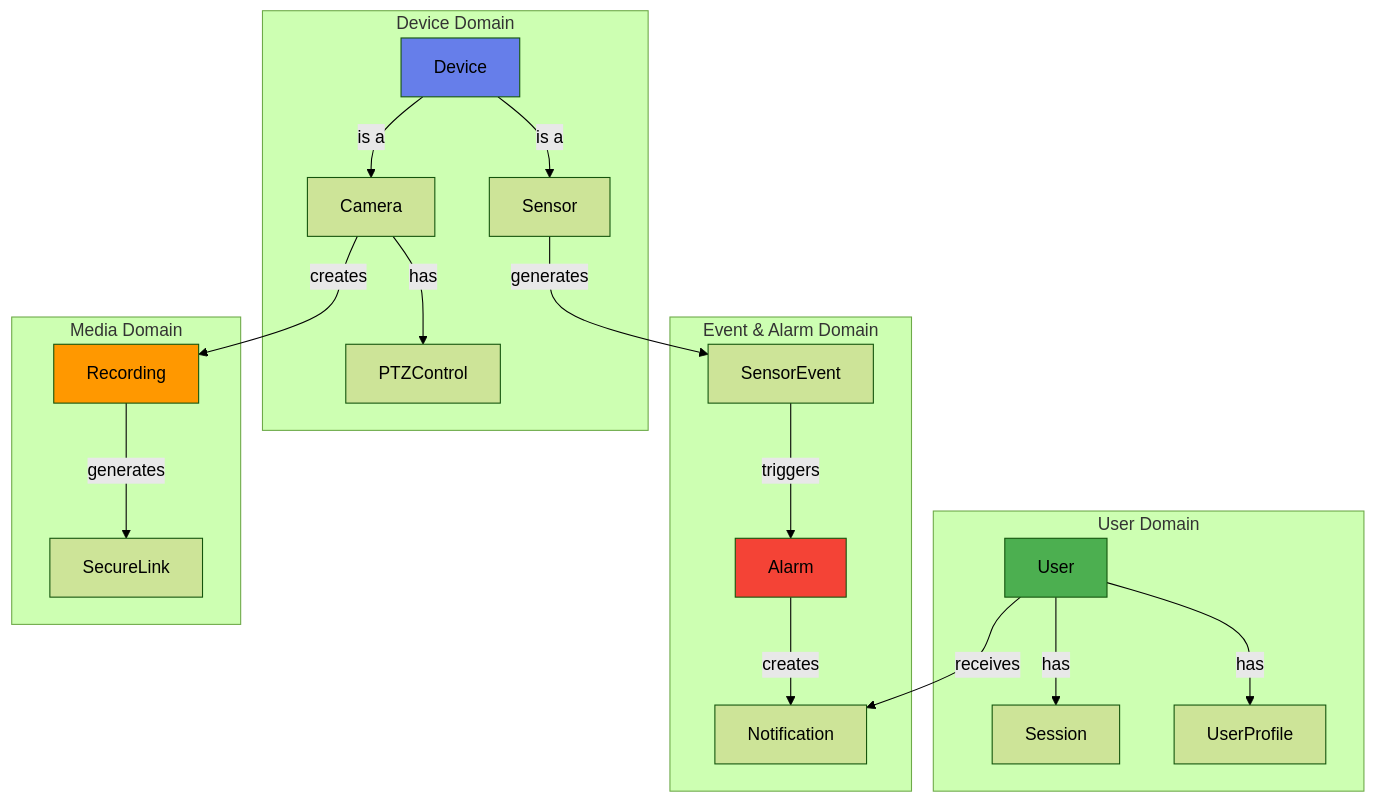
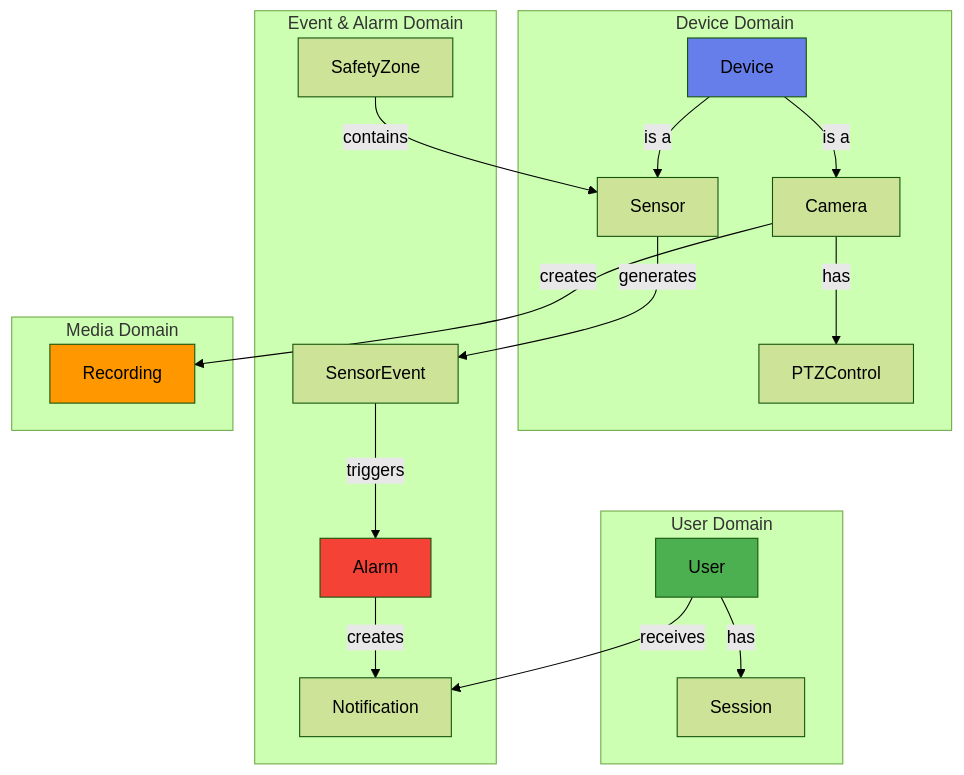
One commit to mj010101/swe_25f changed diagram 14 of 14 in diagrams/data_layer_class_diagram.md. Above: the diagram before and after it, drawn with Mermaid (forest theme). The commit also changed other lines of this file and 4 other files, not shown here.

````diff
--- a/diagrams/data_layer_class_diagram.md
+++ b/diagrams/data_layer_class_diagram.md
@@ -847,46 +504,45 @@
 ```mermaid
 graph TB
     subgraph "User Domain"
         U[User]
         S[Session]
-        UP[UserProfile]
     end
 
     subgraph "Device Domain"
         D[Device]
         SEN[Sensor]
         CAM[Camera]
         PTZ[PTZControl]
     end
 
     subgraph "Event & Alarm Domain"
         SE[SensorEvent]
         A[Alarm]
         N[Notification]
+        SZ[SafetyZone]
     end
 
     subgraph "Media Domain"
         R[Recording]
-        SL[SecureLink]
     end
 
     U -->|has| S
-    U -->|has| UP
     U -->|receives| N
 
     D -->|is a| SEN
     D -->|is a| CAM
 
     SEN -->|generates| SE
     SE -->|triggers| A
     A -->|creates| N
 
+    SZ -->|contains| SEN
+
     CAM -->|has| PTZ
     CAM -->|creates| R
-    R -->|generates| SL
 
     style U fill:#4CAF50
     style D fill:#667eea
     style A fill:#F44336
     style R fill:#FF9800
 ```
````
